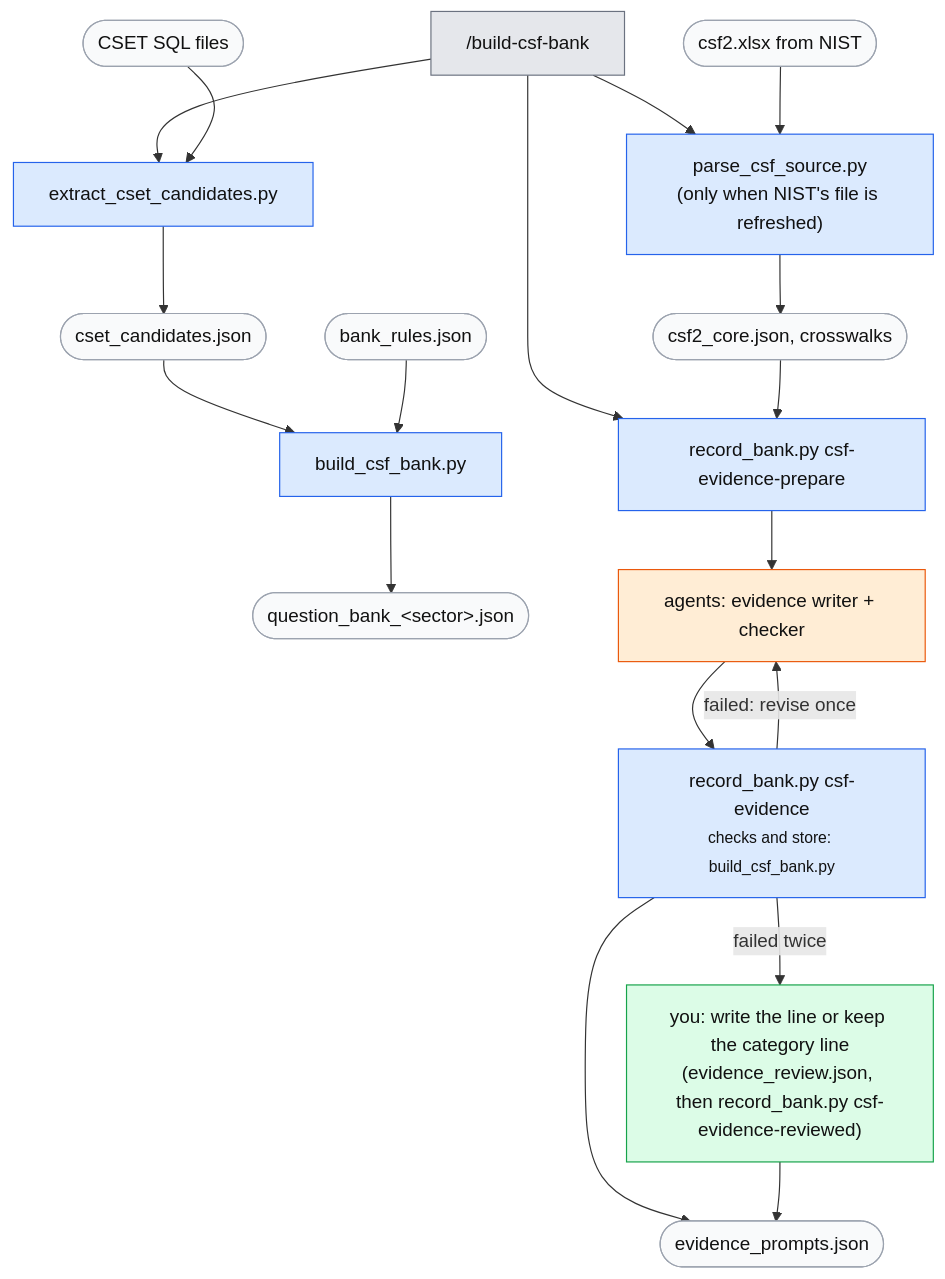
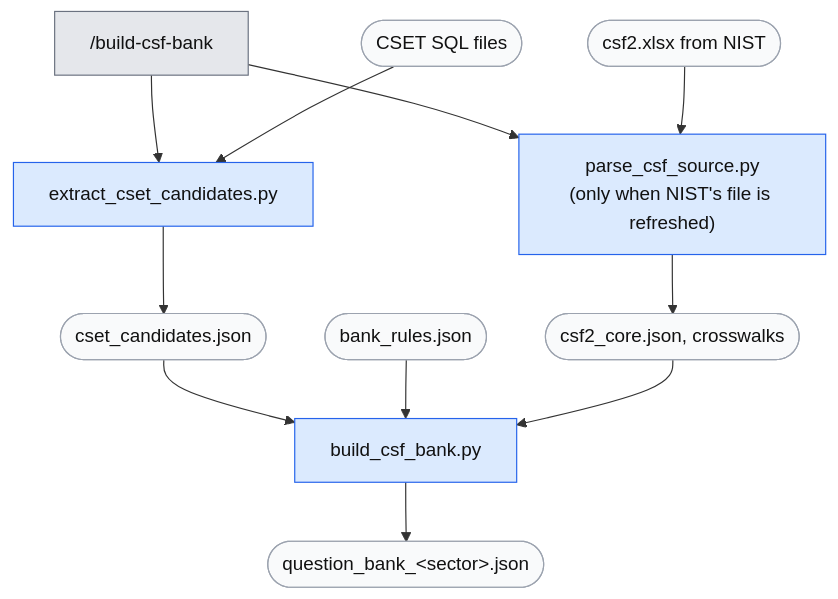
The second of 3 diagrams in docs/guide.md (srilekha82/csf-ai-self-assessment), drawn with Mermaid before and after one commit. The commit also changed other lines of this file and 11 other files, not shown here.

First line of the commit message:
CSF Evidence Required line: NIST's implementation examples, word for word

````diff
--- a/docs/guide.md
+++ b/docs/guide.md
@@ -145,20 +141,17 @@
 ```mermaid
 flowchart TD
     B["/build-csf-bank"]:::cmd --> PC["parse_csf_source.py<br/>(only when NIST's file is refreshed)"]:::script
     NIST([csf2.xlsx from NIST]):::file --> PC --> CORE([csf2_core.json, crosswalks]):::file
     B --> EX[extract_cset_candidates.py]:::script
     SQL([CSET SQL files]):::file --> EX --> CAND([cset_candidates.json]):::file --> BQB[build_csf_bank.py]:::script
     RULES([bank_rules.json]):::file --> BQB
     BQB --> BANK([question_bank_&lt;sector&gt;.json]):::file
-    B --> EP["record_bank.py csf-evidence-prepare"]:::script
-    CORE --> EP --> EW["agents: evidence writer + checker"]:::agent --> RE["record_bank.py csf-evidence<br/><small>checks and store: build_csf_bank.py</small>"]:::script --> EVP([evidence_prompts.json]):::file
-    RE -- "failed: revise once" --> EW
-    RE -- "failed twice" --> YOU["you: write the line or keep the category line<br/>(evidence_review.json, then record_bank.py csf-evidence-reviewed)"]:::you --> EVP
+    CORE --> BQB
 
     classDef cmd fill:#e5e7eb,stroke:#6b7280,color:#111
     classDef script fill:#dbeafe,stroke:#2563eb,color:#111
     classDef agent fill:#ffedd5,stroke:#ea580c,color:#111
     classDef you fill:#dcfce7,stroke:#16a34a,color:#111
     classDef file fill:#f9fafb,stroke:#9ca3af,color:#111
     classDef stop fill:#fee2e2,stroke:#dc2626,color:#111
 ```
````
